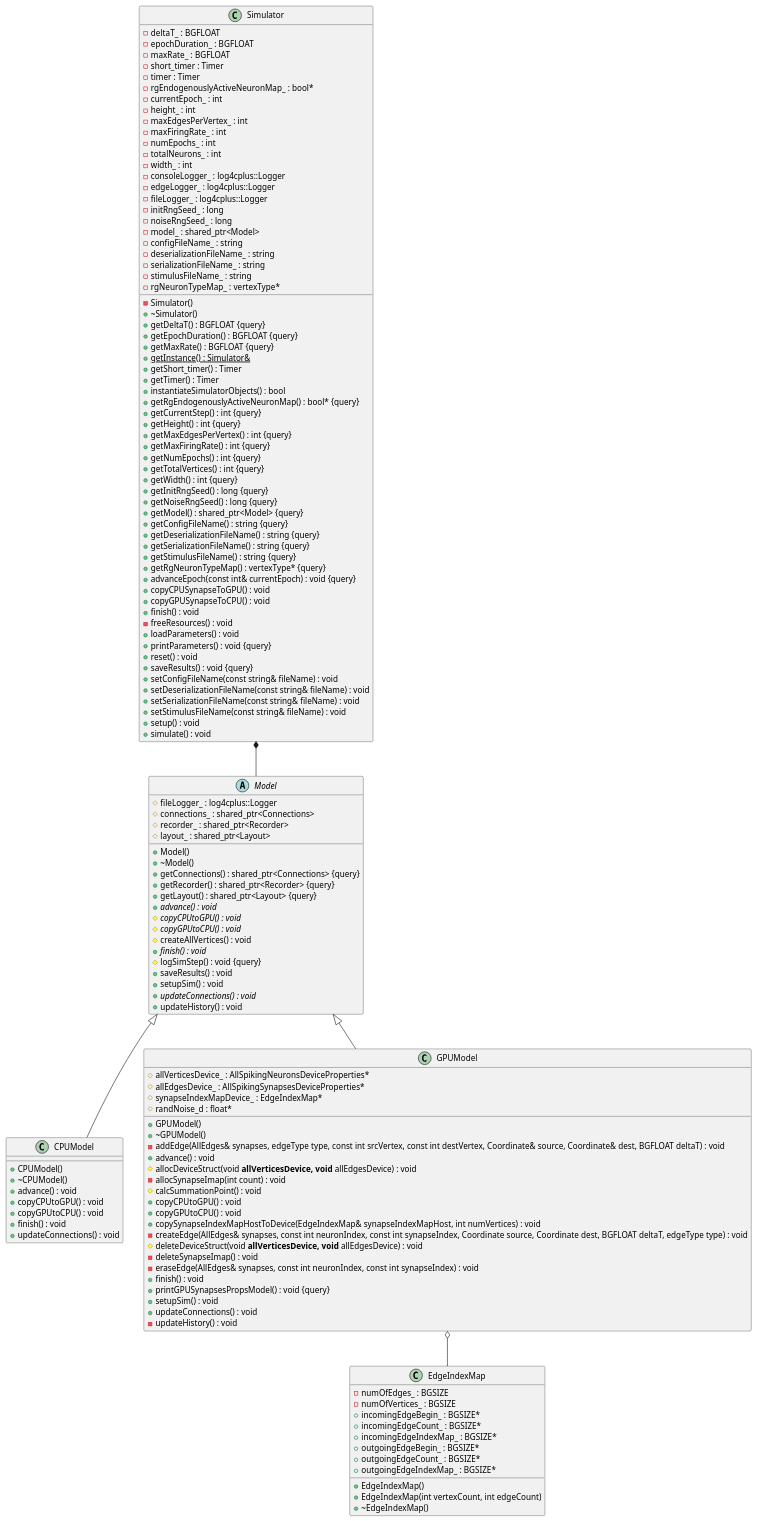
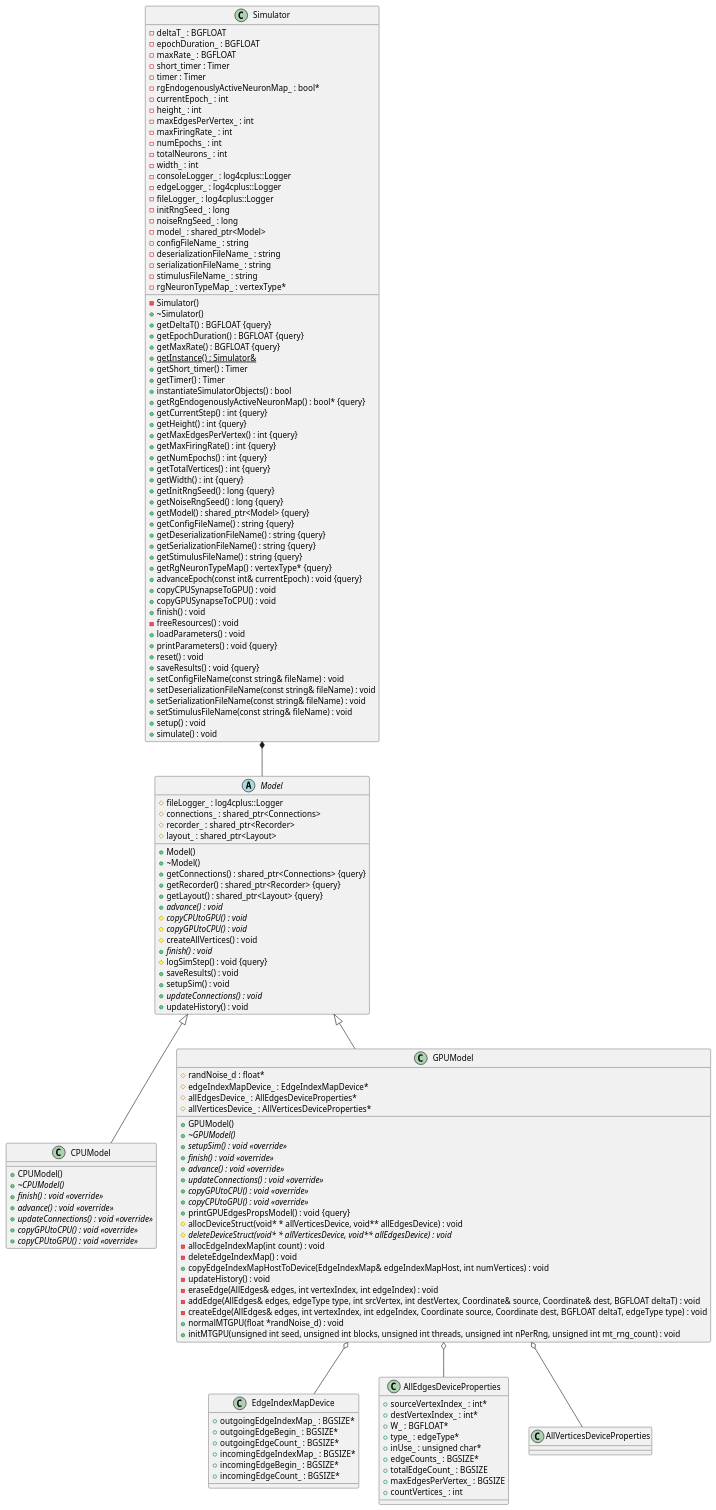
Before and after one commit to UWB-Biocomputing/Graphitti: the diagram in docs/Developer/ClassDiagrams/core.puml, drawn with PlantUML. The commit also changed 3 other files, not shown here.

```diff
--- a/docs/Developer/ClassDiagrams/core.puml
+++ b/docs/Developer/ClassDiagrams/core.puml
@@ -1,178 +1,194 @@
 @startuml GraphittiCoreClassDiagram
 
 
 
 
 
 /' Objects '/
 
 class CPUModel {
 	+CPUModel()
-	+~CPUModel()
-	+advance() : void
-	+copyCPUtoGPU() : void
-	+copyGPUtoCPU() : void
-	+finish() : void
-	+updateConnections() : void
+	+{abstract} ~CPUModel()
+	+{abstract} finish() : void <<override>>
+	+{abstract} advance() : void <<override>>
+	+{abstract} updateConnections() : void <<override>>
+	+{abstract} copyGPUtoCPU() : void <<override>>
+	+{abstract} copyCPUtoGPU() : void <<override>>
 }
 
 
 class GPUModel {
 	+GPUModel()
-	+~GPUModel()
-	#allVerticesDevice_ : AllSpikingNeuronsDeviceProperties*
-	#allEdgesDevice_ : AllSpikingSynapsesDeviceProperties*
-	#synapseIndexMapDevice_ : EdgeIndexMap*
+	+{abstract} ~GPUModel()
+	+{abstract} setupSim() : void <<override>>
+	+{abstract} finish() : void <<override>>
+	+{abstract} advance() : void <<override>>
+	+{abstract} updateConnections() : void <<override>>
+	+{abstract} copyGPUtoCPU() : void <<override>>
+	+{abstract} copyCPUtoGPU() : void <<override>>
+	+printGPUEdgesPropsModel() : void {query}
+	#allocDeviceStruct(void* * allVerticesDevice, void** allEdgesDevice) : void
+	#{abstract} deleteDeviceStruct(void* * allVerticesDevice, void** allEdgesDevice) : void
 	#randNoise_d : float*
-	-addEdge(AllEdges& synapses, edgeType type, const int srcVertex, const int destVertex, Coordinate& source, Coordinate& dest, BGFLOAT deltaT) : void
-	+advance() : void
-	#allocDeviceStruct(void** allVerticesDevice, void** allEdgesDevice) : void
-	-allocSynapseImap(int count) : void
-	#calcSummationPoint() : void
-	+copyCPUtoGPU() : void
-	+copyGPUtoCPU() : void
-	+copySynapseIndexMapHostToDevice(EdgeIndexMap& synapseIndexMapHost, int numVertices) : void
-	-createEdge(AllEdges& synapses, const int neuronIndex, const int synapseIndex, Coordinate source, Coordinate dest, BGFLOAT deltaT, edgeType type) : void
-	#deleteDeviceStruct(void** allVerticesDevice, void** allEdgesDevice) : void
-	-deleteSynapseImap() : void
-	-eraseEdge(AllEdges& synapses, const int neuronIndex, const int synapseIndex) : void
-	+finish() : void
-	+printGPUSynapsesPropsModel() : void {query}
-	+setupSim() : void
-	+updateConnections() : void
+	#edgeIndexMapDevice_ : EdgeIndexMapDevice*
+	#allEdgesDevice_ : AllEdgesDeviceProperties*
+	#allVerticesDevice_ : AllVerticesDeviceProperties*
+	-allocEdgeIndexMap(int count) : void
+	-deleteEdgeIndexMap() : void
+	+copyEdgeIndexMapHostToDevice(EdgeIndexMap& edgeIndexMapHost, int numVertices) : void
 	-updateHistory() : void
+	-eraseEdge(AllEdges& edges, int vertexIndex, int edgeIndex) : void
+	-addEdge(AllEdges& edges, edgeType type, int srcVertex, int destVertex, Coordinate& source, Coordinate& dest, BGFLOAT deltaT) : void
+	-createEdge(AllEdges& edges, int vertexIndex, int edgeIndex, Coordinate source, Coordinate dest, BGFLOAT deltaT, edgeType type) : void
+	+normalMTGPU(float *randNoise_d) : void
+	+initMTGPU(unsigned int seed, unsigned int blocks, unsigned int threads, unsigned int nPerRng, unsigned int mt_rng_count) : void
 }
 
 
 abstract class Model {
 	+Model()
 	+~Model()
 	#fileLogger_ : log4cplus::Logger
 	#connections_ : shared_ptr<Connections>
 	+getConnections() : shared_ptr<Connections> {query}
 	+getRecorder() : shared_ptr<Recorder> {query}
 	#recorder_ : shared_ptr<Recorder>
 	+getLayout() : shared_ptr<Layout> {query}
 	#layout_ : shared_ptr<Layout>
 	+{abstract} advance() : void
 	#{abstract} copyCPUtoGPU() : void
 	#{abstract} copyGPUtoCPU() : void
 	#createAllVertices() : void
 	+{abstract} finish() : void
 	#logSimStep() : void {query}
 	+saveResults() : void
 	+setupSim() : void
 	+{abstract} updateConnections() : void
 	+updateHistory() : void
 }
 
 
 class Simulator {
 	-Simulator()
 	+~Simulator()
 	-deltaT_ : BGFLOAT
 	-epochDuration_ : BGFLOAT
 	+getDeltaT() : BGFLOAT {query}
 	+getEpochDuration() : BGFLOAT {query}
 	+getMaxRate() : BGFLOAT {query}
 	-maxRate_ : BGFLOAT
 	+{static} getInstance() : Simulator&
 	+getShort_timer() : Timer
 	+getTimer() : Timer
 	-short_timer : Timer
 	-timer : Timer
 	+instantiateSimulatorObjects() : bool
 	+getRgEndogenouslyActiveNeuronMap() : bool* {query}
 	-rgEndogenouslyActiveNeuronMap_ : bool*
 	-currentEpoch_ : int
 	+getCurrentStep() : int {query}
 	+getHeight() : int {query}
 	+getMaxEdgesPerVertex() : int {query}
 	+getMaxFiringRate() : int {query}
 	+getNumEpochs() : int {query}
 	+getTotalVertices() : int {query}
 	+getWidth() : int {query}
 	-height_ : int
 	-maxEdgesPerVertex_ : int
 	-maxFiringRate_ : int
 	-numEpochs_ : int
 	-totalNeurons_ : int
 	-width_ : int
 	-consoleLogger_ : log4cplus::Logger
 	-edgeLogger_ : log4cplus::Logger
 	-fileLogger_ : log4cplus::Logger
 	+getInitRngSeed() : long {query}
 	+getNoiseRngSeed() : long {query}
 	-initRngSeed_ : long
 	-noiseRngSeed_ : long
 	+getModel() : shared_ptr<Model> {query}
 	-model_ : shared_ptr<Model>
 	-configFileName_ : string
 	-deserializationFileName_ : string
 	+getConfigFileName() : string {query}
 	+getDeserializationFileName() : string {query}
 	+getSerializationFileName() : string {query}
 	+getStimulusFileName() : string {query}
 	-serializationFileName_ : string
 	-stimulusFileName_ : string
 	+getRgNeuronTypeMap() : vertexType* {query}
 	-rgNeuronTypeMap_ : vertexType*
 	+advanceEpoch(const int& currentEpoch) : void {query}
 	+copyCPUSynapseToGPU() : void
 	+copyGPUSynapseToCPU() : void
 	+finish() : void
 	-freeResources() : void
 	+loadParameters() : void
 	+printParameters() : void {query}
 	+reset() : void
 	+saveResults() : void {query}
 	+setConfigFileName(const string& fileName) : void
 	+setDeserializationFileName(const string& fileName) : void
 	+setSerializationFileName(const string& fileName) : void
 	+setStimulusFileName(const string& fileName) : void
 	+setup() : void
 	+simulate() : void
 }
 
 
-class EdgeIndexMap {
-	+EdgeIndexMap()
-	+EdgeIndexMap(int vertexCount, int edgeCount)
-	+~EdgeIndexMap()
-	-numOfEdges_ : BGSIZE
-	-numOfVertices_ : BGSIZE
-	+incomingEdgeBegin_ : BGSIZE*
-	+incomingEdgeCount_ : BGSIZE*
-	+incomingEdgeIndexMap_ : BGSIZE*
-	+outgoingEdgeBegin_ : BGSIZE*
-	+outgoingEdgeCount_ : BGSIZE*
-	+outgoingEdgeIndexMap_ : BGSIZE*
+class EdgeIndexMapDevice {
+  +outgoingEdgeIndexMap_ : BGSIZE*
+  +outgoingEdgeBegin_ : BGSIZE*
+  +outgoingEdgeCount_ : BGSIZE*
+  +incomingEdgeIndexMap_ : BGSIZE*
+  +incomingEdgeBegin_ : BGSIZE*
+  +incomingEdgeCount_ : BGSIZE*
+}
+
+
+class AllEdgesDeviceProperties {
+  +sourceVertexIndex_ : int*
+  +destVertexIndex_ : int*
+  +W_ : BGFLOAT*
+  +type_ : edgeType*
+  +inUse_ : unsigned char*
+  +edgeCounts_ : BGSIZE*
+  +totalEdgeCount_ : BGSIZE
+  +maxEdgesPerVertex_ : BGSIZE
+  +countVertices_ : int
+}
+
+
+class AllVerticesDeviceProperties {
+
 }
 
 
 
 
 
 /' Inheritance relationships '/
 
 .Model <|-- .CPUModel
 
 
 .Model <|-- .GPUModel
 
 
 
 
 
 /' Aggregation relationships '/
 
-.GPUModel o-- .EdgeIndexMap
+.GPUModel o-- .EdgeIndexMapDevice
+.GPUModel o-- .AllEdgesDeviceProperties
+.GPUModel o-- .AllVerticesDeviceProperties
 
 .Simulator *-- .Model
 
 
 
 
 
 
 @enduml
```
